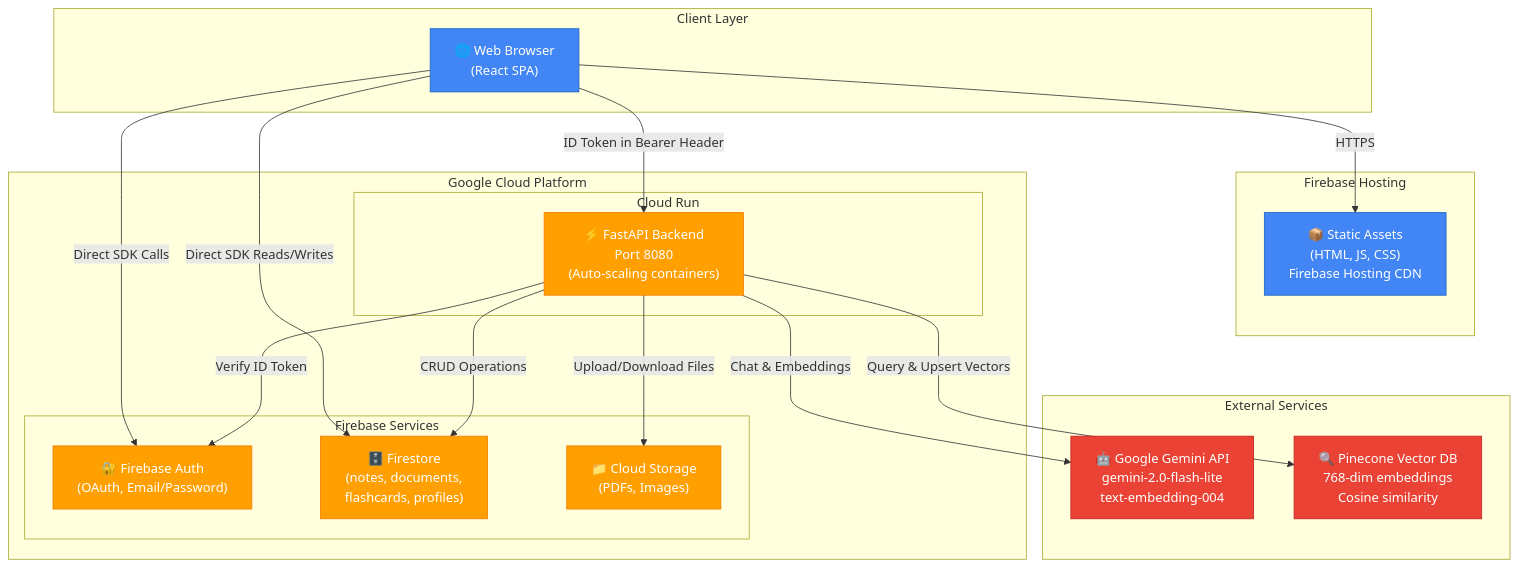
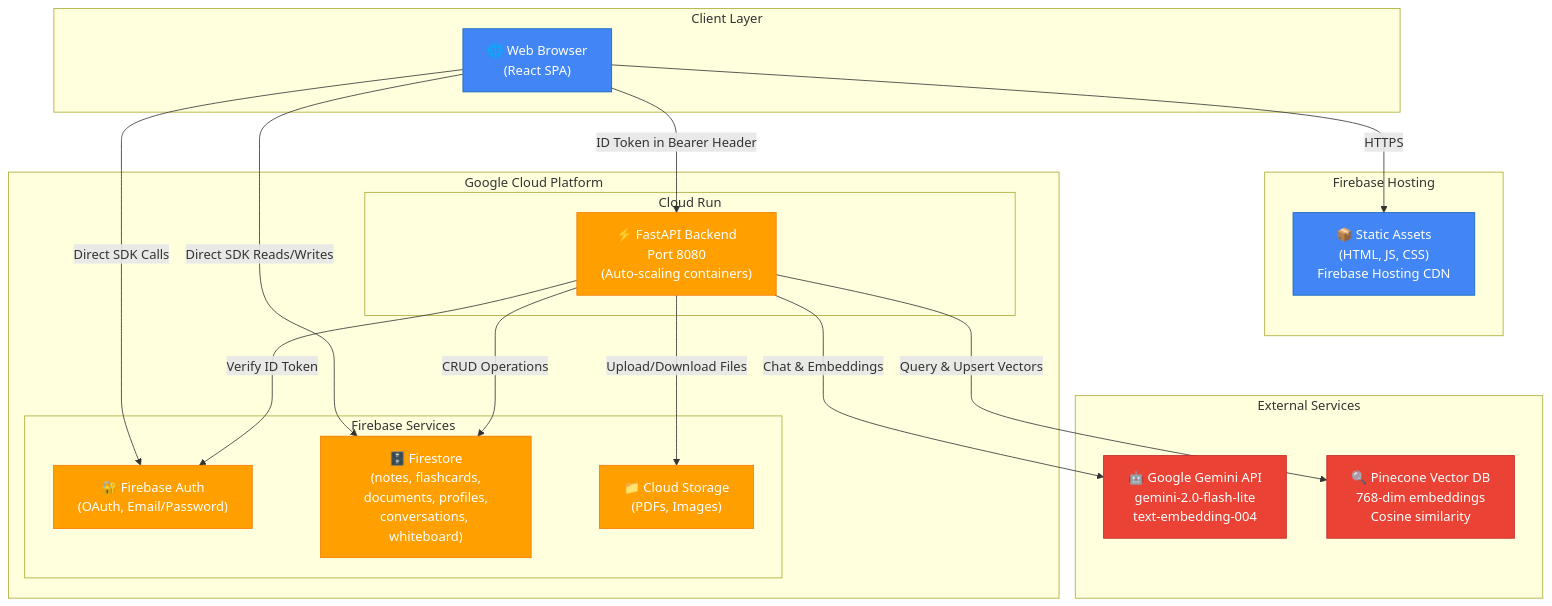
The diagram in ARCHITECTURE.md (yongjiexue88/LearningAier), drawn with Mermaid before and after one commit. The commit also changed other lines of this file and 1 other file, not shown here.

````diff
--- a/ARCHITECTURE.md
+++ b/ARCHITECTURE.md
@@ -5,47 +20,47 @@
 ```mermaid
 graph TB
     subgraph "Client Layer"
         Browser["🌐 Web Browser<br/>(React SPA)"]
     end
     
     subgraph "Firebase Hosting"
         StaticFiles["📦 Static Assets<br/>(HTML, JS, CSS)<br/>Firebase Hosting CDN"]
     end
     
     subgraph "Google Cloud Platform"
         subgraph "Cloud Run"
             API["⚡ FastAPI Backend<br/>Port 8080<br/>(Auto-scaling containers)"]
         end
         
         subgraph "Firebase Services"
             Auth["🔐 Firebase Auth<br/>(OAuth, Email/Password)"]
-            Firestore["🗄️ Firestore<br/>(notes, documents,<br/>flashcards, profiles)"]
+            Firestore["🗄️ Firestore<br/>(notes, flashcards,<br/>documents, profiles,<br/>conversations, whiteboard)"]
             Storage["📁 Cloud Storage<br/>(PDFs, Images)"]
         end
     end
     
     subgraph "External Services"
         Gemini["🤖 Google Gemini API<br/>gemini-2.0-flash-lite<br/>text-embedding-004"]
         Pinecone["🔍 Pinecone Vector DB<br/>768-dim embeddings<br/>Cosine similarity"]
     end
     
     Browser -->|HTTPS| StaticFiles
     Browser -->|ID Token in Bearer Header| API
     Browser -->|Direct SDK Calls| Auth
     Browser -->|Direct SDK Reads/Writes| Firestore
     
     API -->|Verify ID Token| Auth
     API -->|CRUD Operations| Firestore
     API -->|Upload/Download Files| Storage
     API -->|Chat & Embeddings| Gemini
     API -->|Query & Upsert Vectors| Pinecone
     
     classDef frontend fill:#4285F4,stroke:#1565C0,color:#fff
     classDef backend fill:#34A853,stroke:#0F9D58,color:#fff
     classDef firebase fill:#FFA000,stroke:#F57C00,color:#fff
     classDef external fill:#EA4335,stroke:#C5221F,color:#fff
     
     class Browser,StaticFiles frontend
     class API,Auth,Firestore,Storage firebase
     class Gemini,Pinecone external
 ```
````
